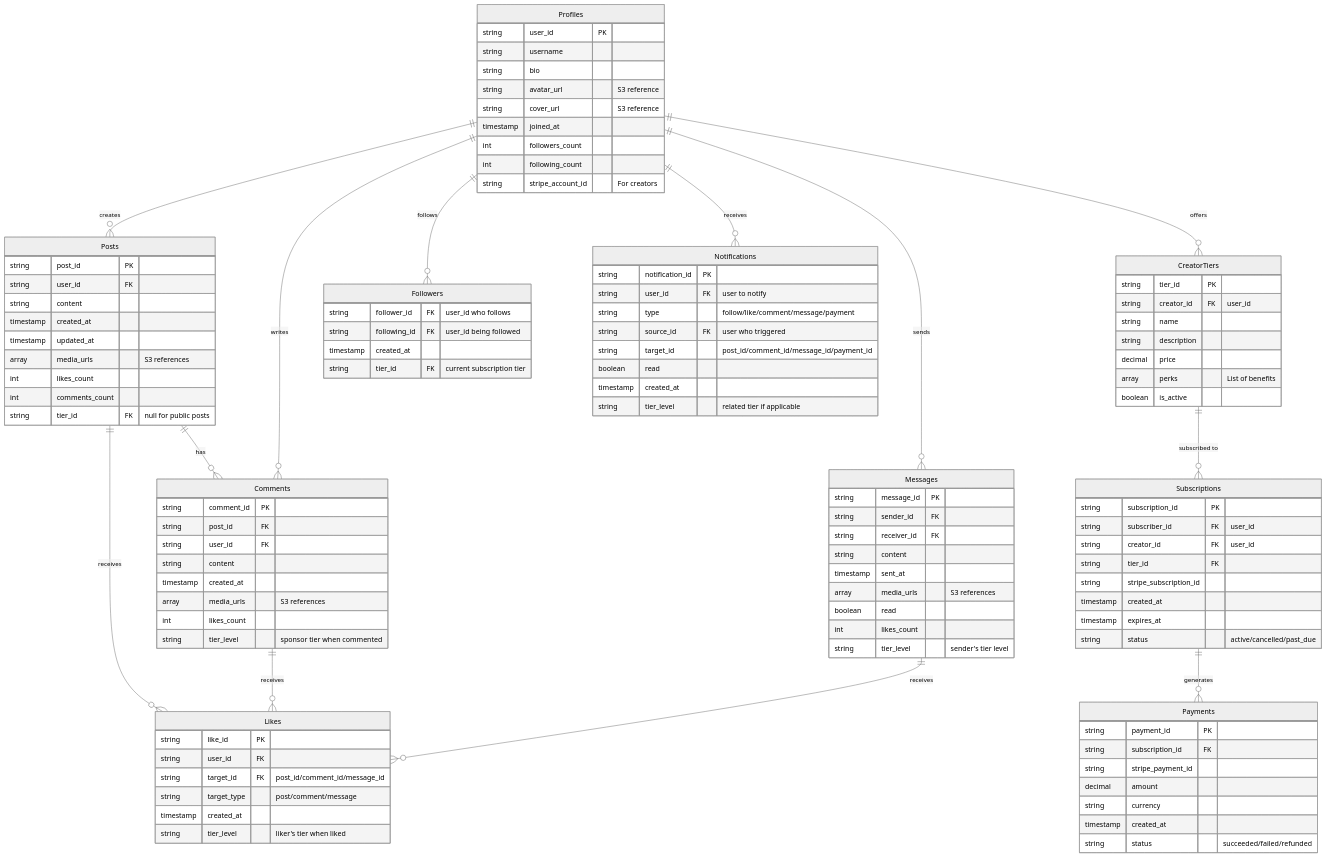
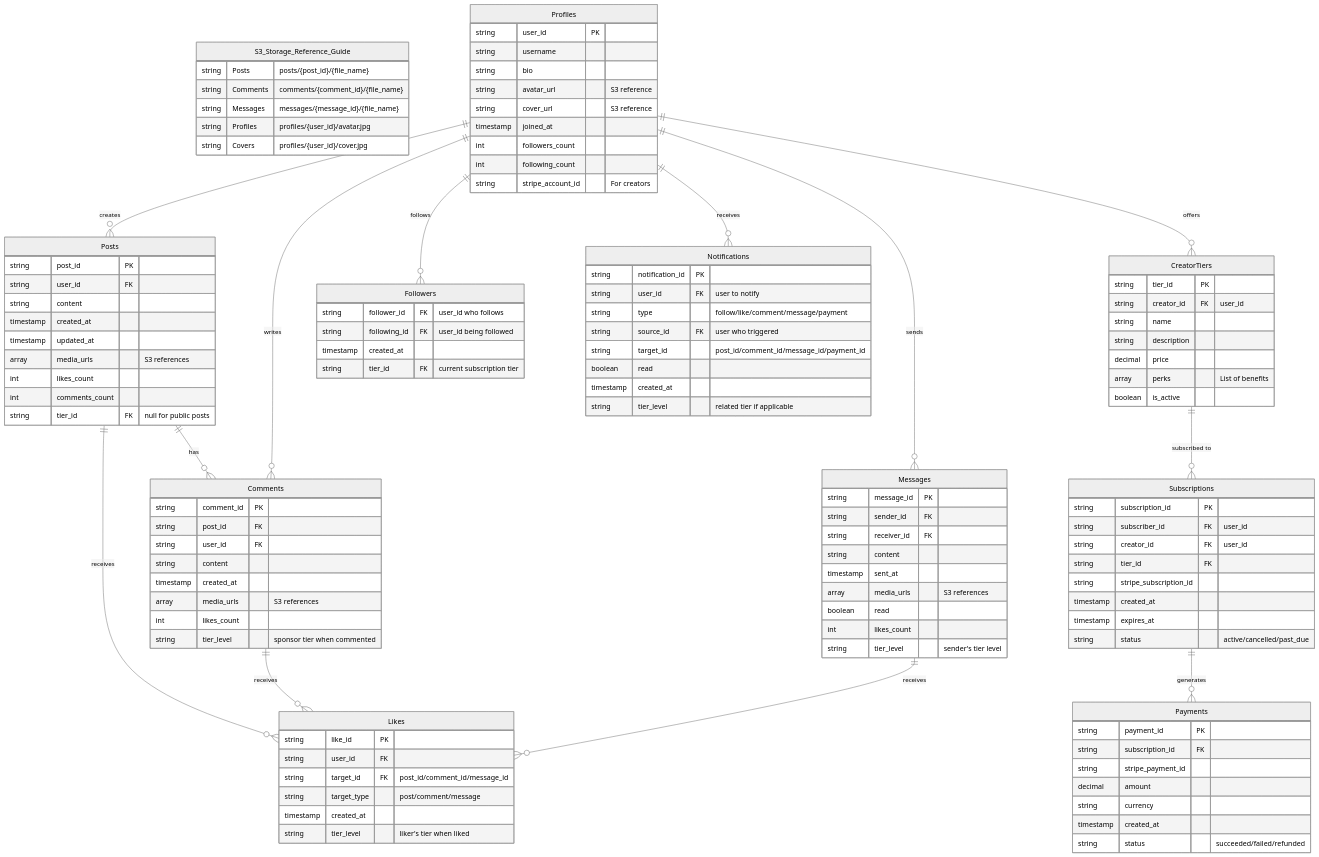
The diagram in docs/diagrams/database_schema.md (lmcrean/odyssey-v2), drawn with Mermaid (neutral theme) before and after one commit.

Commit message:
docs(diagrams): Update database schema to include S3 storage references
- Added a new section detailing S3 storage paths for Posts, Comments, Messages, and Profiles, enhancing the clarity of media storage references within the database schema.
- This update improves the documentation of the data model, providing a clearer understanding of how media files are organized and accessed.

````diff
--- a/docs/diagrams/database_schema.md
+++ b/docs/diagrams/database_schema.md
@@ -1,6 +1,13 @@
 ```mermaid
 erDiagram
-    %% Entities with media storage (highlighted in blue)
+    S3_Storage_Reference_Guide {
+        string Posts "posts/{post_id}/{file_name}"
+        string Comments "comments/{comment_id}/{file_name}"
+        string Messages "messages/{message_id}/{file_name}"
+        string Profiles "profiles/{user_id}/avatar.jpg"
+        string Covers "profiles/{user_id}/cover.jpg"
+    }
+
     Posts {
         string post_id PK
         string user_id FK
````
